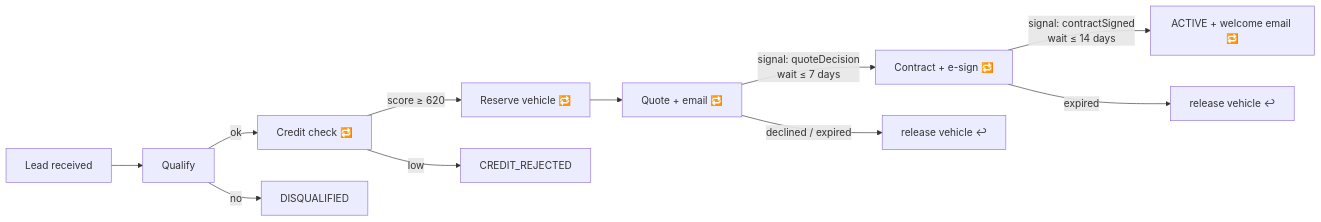
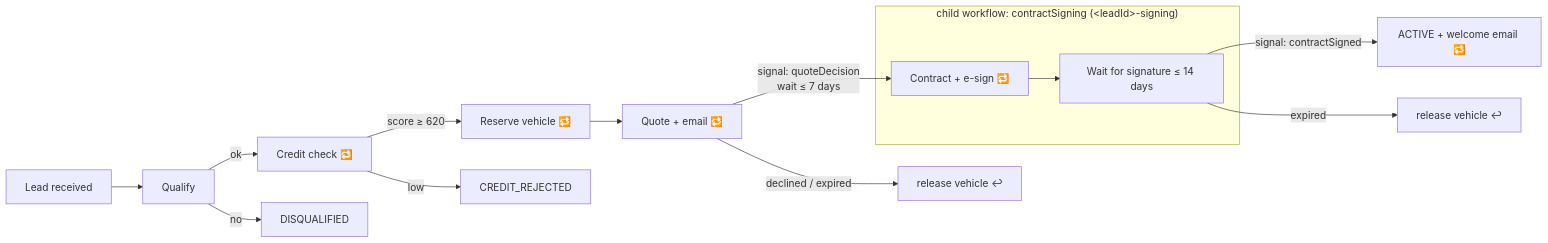
The diagram in README.md (JesseSchlienkamp/temporal-lease-poc), drawn with Mermaid before and after one commit. The commit also changed other lines of this file and 11 other files, not shown here.

First line of the commit message:
feat: run contract signing as a child workflow

````diff
--- a/README.md
+++ b/README.md
@@ -8,13 +8,16 @@
 ```mermaid
 flowchart LR
   A[Lead received] --> B[Qualify]
   B -->|ok| C[Credit check 🔁]
   B -->|no| X1[DISQUALIFIED]
   C -->|score ≥ 620| D[Reserve vehicle 🔁]
   C -->|low| X2[CREDIT_REJECTED]
   D --> E[Quote + email 🔁]
-  E -->|signal: quoteDecision<br/>wait ≤ 7 days| F[Contract + e-sign 🔁]
   E -->|declined / expired| X3[release vehicle ↩]
-  F -->|signal: contractSigned<br/>wait ≤ 14 days| G[ACTIVE + welcome email 🔁]
-  F -->|expired| X4[release vehicle ↩]
+  subgraph child["child workflow: contractSigning (&lt;leadId&gt;-signing)"]
+    F[Contract + e-sign 🔁] --> F2[Wait for signature ≤ 14 days]
+  end
+  E -->|signal: quoteDecision<br/>wait ≤ 7 days| F
+  F2 -->|signal: contractSigned| G[ACTIVE + welcome email 🔁]
+  F2 -->|expired| X4[release vehicle ↩]
 ```
````
